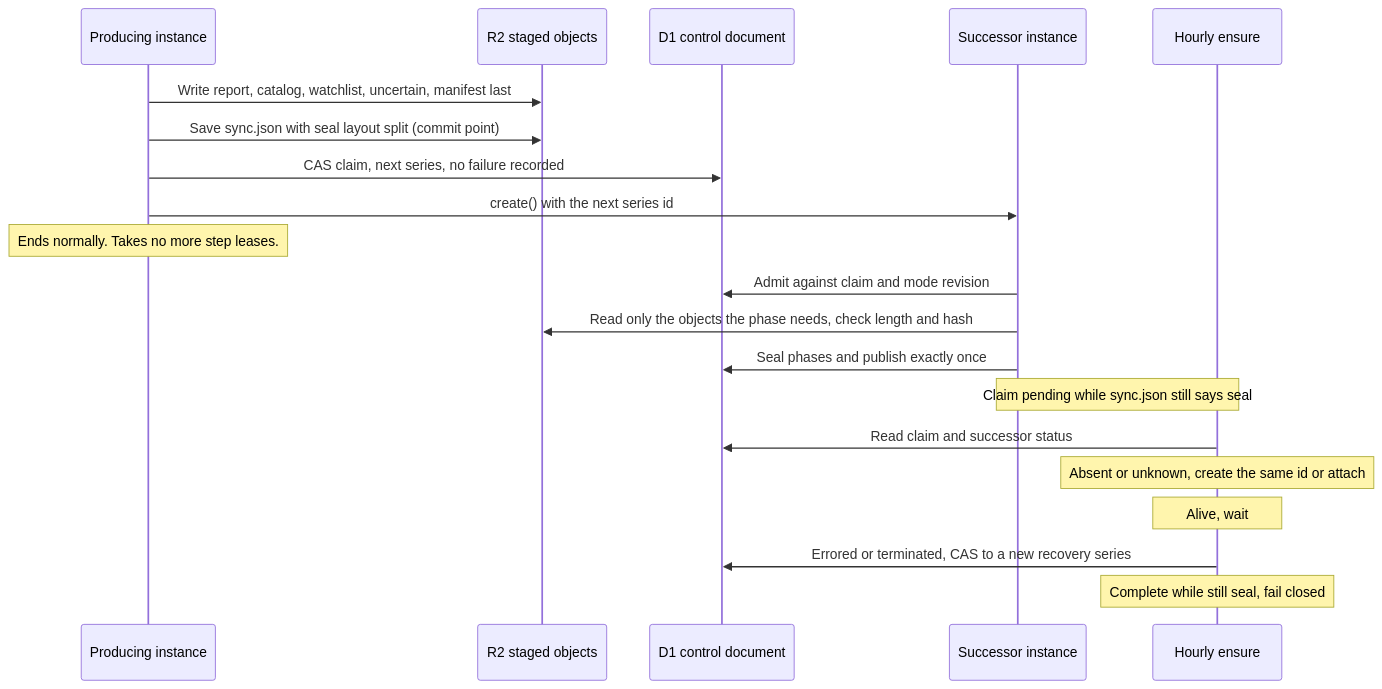
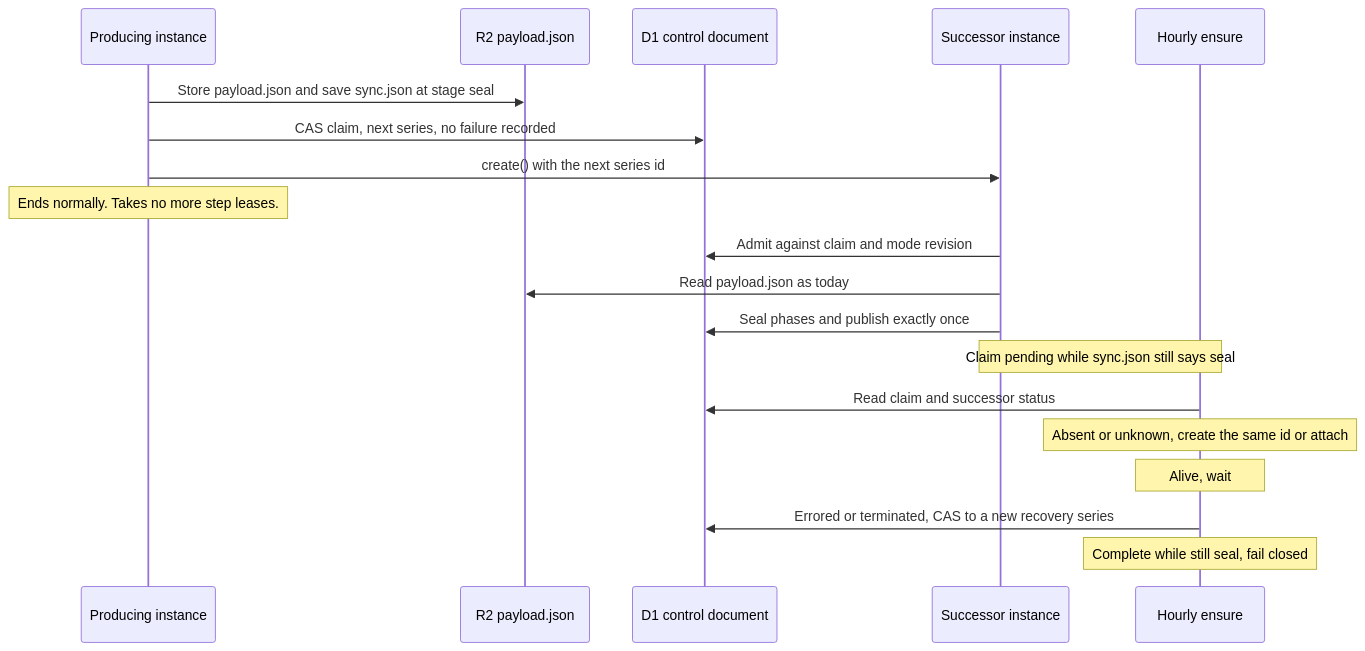
One commit to vladimino/iptv-watchlist changed the seventh of 12 diagrams in docs/architecture/scheduling-and-orchestration.md. Above: the diagram before and after it, drawn with Mermaid. The commit also changed other lines of this file and 4 other files, not shown here.

````diff
--- a/docs/architecture/scheduling-and-orchestration.md
+++ b/docs/architecture/scheduling-and-orchestration.md
@@ -216,22 +216,21 @@
 ```mermaid
 sequenceDiagram
     participant P as Producing instance
-    participant R2 as R2 staged objects
+    participant R2 as R2 payload.json
     participant C as D1 control document
     participant S as Successor instance
     participant H as Hourly ensure
-    P->>R2: Write report, catalog, watchlist, uncertain, manifest last
-    P->>R2: Save sync.json with seal layout split (commit point)
+    P->>R2: Store payload.json and save sync.json at stage seal
     P->>C: CAS claim, next series, no failure recorded
     P->>S: create() with the next series id
     Note over P: Ends normally. Takes no more step leases.
     S->>C: Admit against claim and mode revision
-    S->>R2: Read only the objects the phase needs, check length and hash
+    S->>R2: Read payload.json as today
     S->>C: Seal phases and publish exactly once
     Note over H,S: Claim pending while sync.json still says seal
     H->>C: Read claim and successor status
     Note over H: Absent or unknown, create the same id or attach
     Note over H: Alive, wait
     H->>C: Errored or terminated, CAS to a new recovery series
     Note over H: Complete while still seal, fail closed
 ```
````
